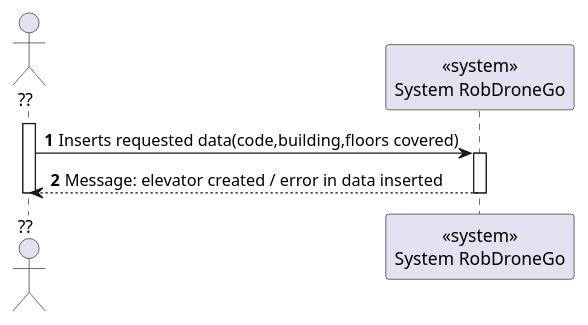
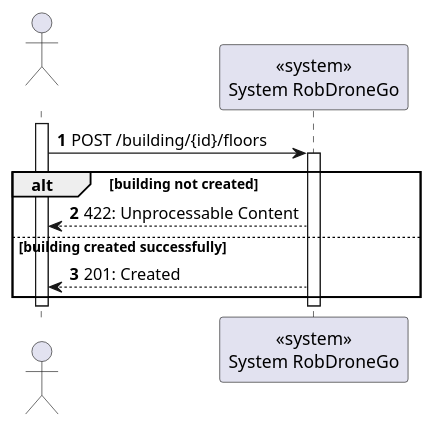
One commit to Departamento-de-Engenharia-Informatica/lapr5-23-24-g19 changed the diagram in docs/us270/level1/process_view.puml. Above: the diagram before and after it, drawn with PlantUML. The commit also changed 4 other files, not shown here.

Commit message:
docs(us270): lvl 3 class diagram

```diff
--- a/docs/us270/level1/process_view.puml
+++ b/docs/us270/level1/process_view.puml
@@ -1,16 +1,20 @@
 @startuml
 autonumber
 
-actor "??" as actor
+actor " " as actor
 participant "<<system>>\nSystem RobDroneGo" as sys
 
 activate actor
-    actor -> sys: Inserts requested data(code,building,floors covered)
+    actor -> sys: POST /building/{id}/floors
 
     activate sys
-    sys --> actor : Message: elevator created / error in data inserted
+    alt building not created
+        sys --> actor : 422: Unprocessable Content
+    else building created successfully
+        sys --> actor : 201: Created
+    end
     deactivate sys
 deactivate actor
 
 
 @enduml
```
